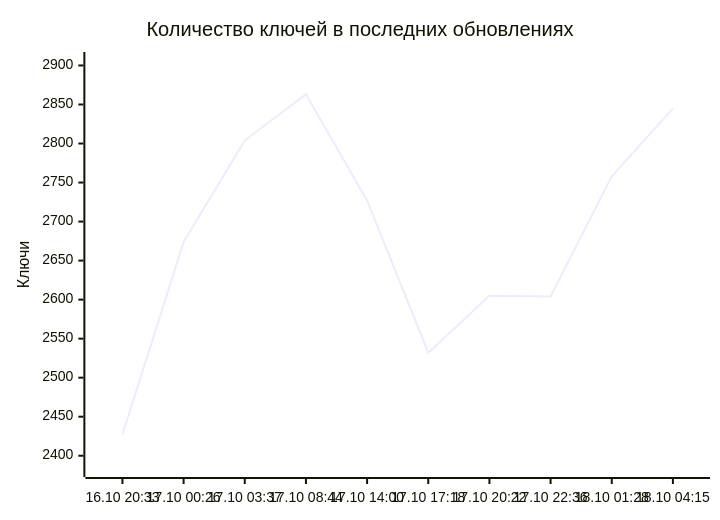
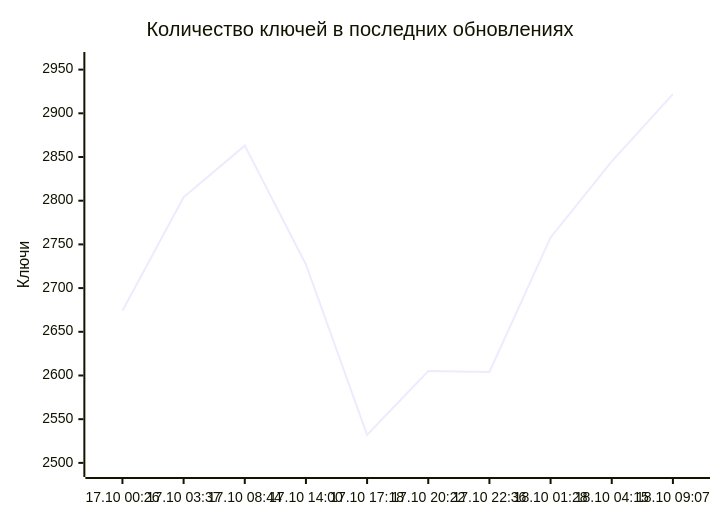
Before and after one commit to markKikhtenko/WireVeil: the diagram in README.md, drawn with Mermaid. The commit also changed other lines of this file and 12 other files, not shown here.

````diff
--- a/README.md
+++ b/README.md
@@ -55,7 +55,7 @@
 ```mermaid
 xychart-beta
     title "Количество ключей в последних обновлениях"
-    x-axis ["16.10 20:33", "17.10 00:26", "17.10 03:37", "17.10 08:44", "17.10 14:00", "17.10 17:18", "17.10 20:22", "17.10 22:36", "18.10 01:28", "18.10 04:15"]
-    y-axis "Ключи" 2383 --> 2907
-    line [2427, 2674, 2804, 2863, 2727, 2532, 2605, 2604, 2758, 2845]
+    x-axis ["17.10 00:26", "17.10 03:37", "17.10 08:44", "17.10 14:00", "17.10 17:18", "17.10 20:22", "17.10 22:36", "18.10 01:28", "18.10 04:15", "18.10 09:07"]
+    y-axis "Ключи" 2493 --> 2961
+    line [2674, 2804, 2863, 2727, 2532, 2605, 2604, 2758, 2845, 2922]
 ```
````
